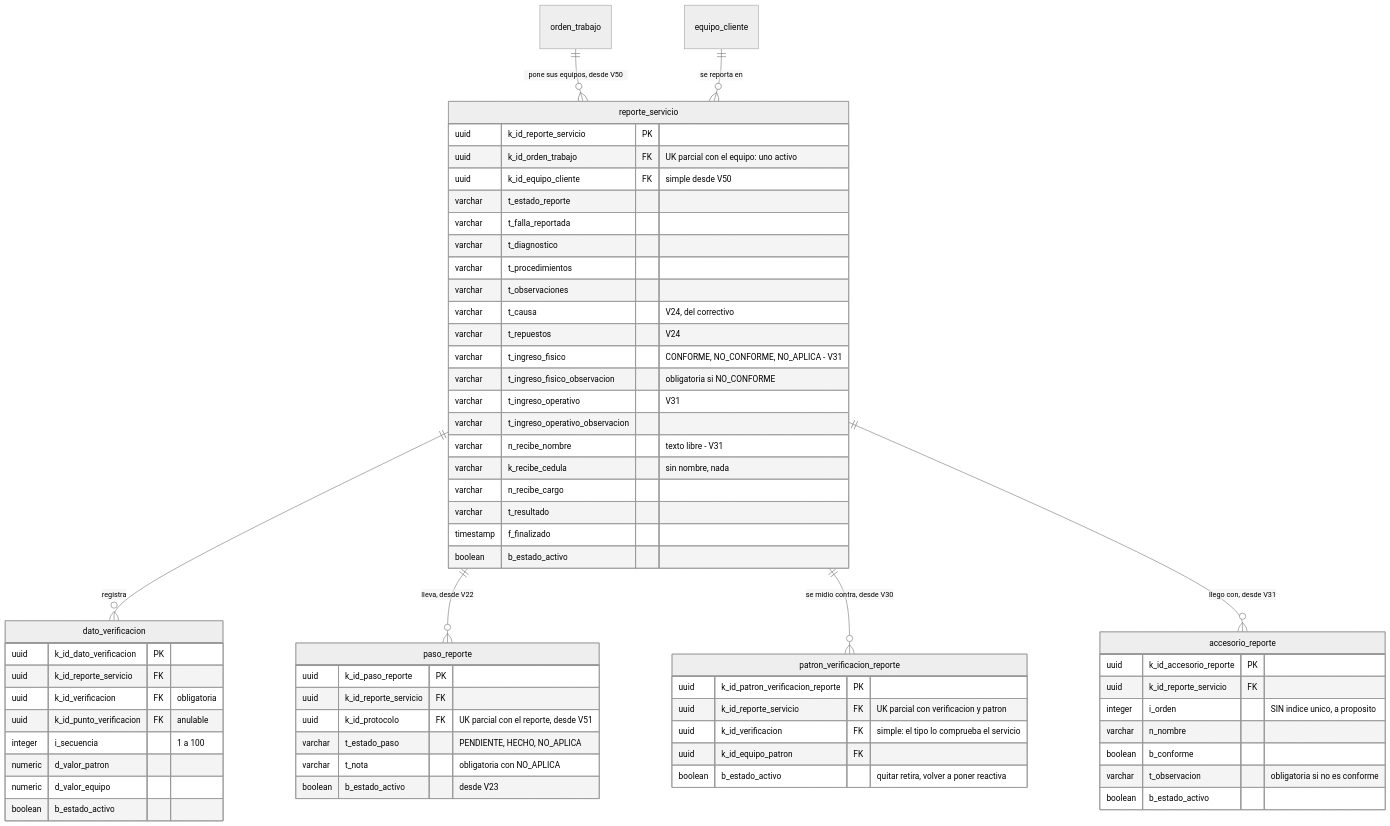
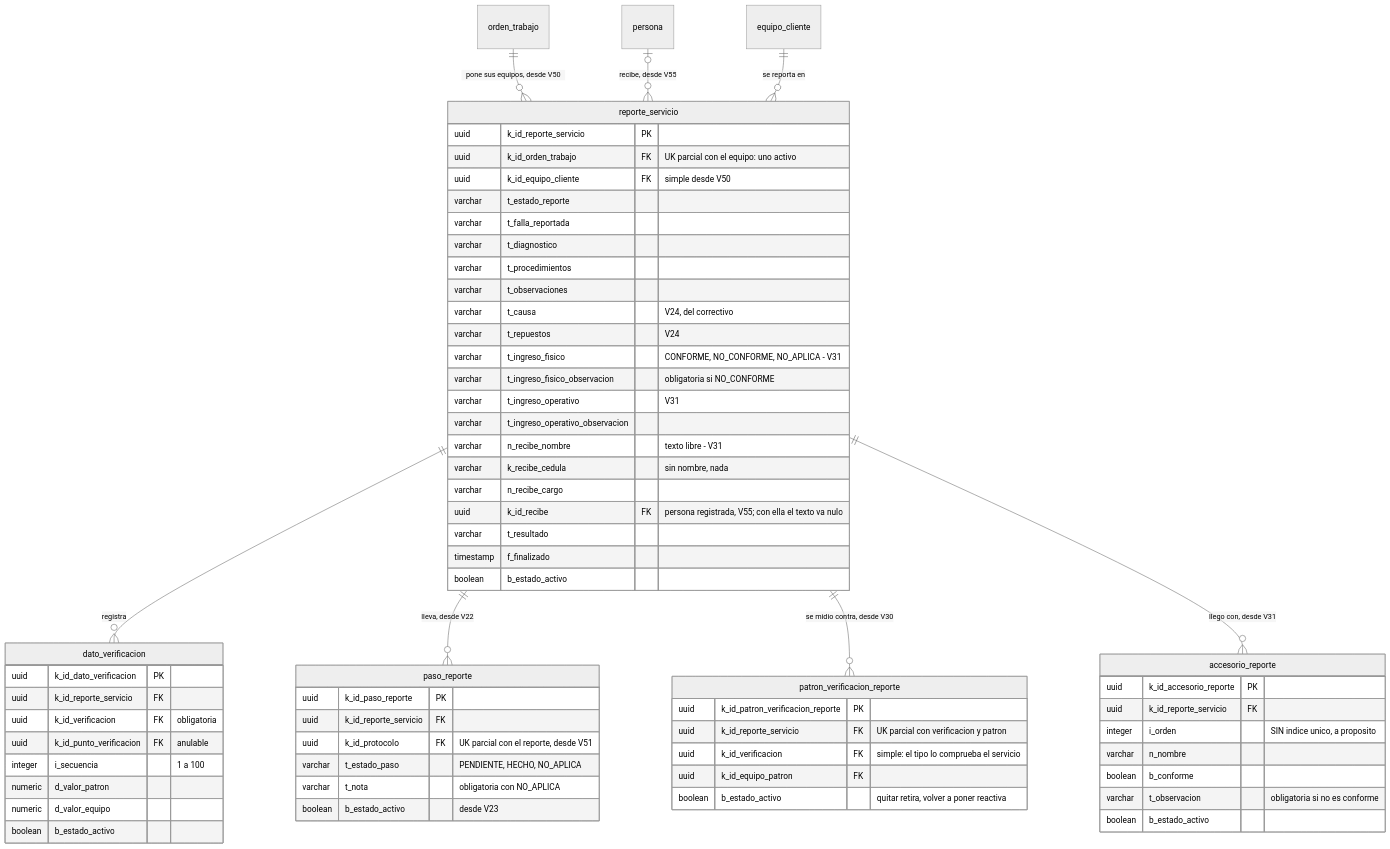
One commit to SeanBol222/MalphasOs changed diagram 12 of 12 in SecondBrain/wiki/base-de-datos/esquema-bd-malphasos.md. Above: the diagram before and after it, drawn with Mermaid (neutral theme). The commit also changed other lines of this file and 4 other files, not shown here.

````diff
--- a/SecondBrain/wiki/base-de-datos/esquema-bd-malphasos.md
+++ b/SecondBrain/wiki/base-de-datos/esquema-bd-malphasos.md
@@ -753,65 +753,67 @@
 ```mermaid
 erDiagram
     orden_trabajo ||--o{ reporte_servicio : "pone sus equipos, desde V50"
+    persona |o--o{ reporte_servicio : "recibe, desde V55"
     equipo_cliente ||--o{ reporte_servicio : "se reporta en"
     reporte_servicio ||--o{ dato_verificacion : "registra"
     reporte_servicio ||--o{ paso_reporte : "lleva, desde V22"
     reporte_servicio ||--o{ patron_verificacion_reporte : "se midio contra, desde V30"
     reporte_servicio ||--o{ accesorio_reporte : "llego con, desde V31"
     patron_verificacion_reporte {
         uuid k_id_patron_verificacion_reporte PK
         uuid k_id_reporte_servicio FK "UK parcial con verificacion y patron"
         uuid k_id_verificacion FK "simple: el tipo lo comprueba el servicio"
         uuid k_id_equipo_patron FK
         boolean b_estado_activo "quitar retira, volver a poner reactiva"
     }
     accesorio_reporte {
         uuid k_id_accesorio_reporte PK
         uuid k_id_reporte_servicio FK
         integer i_orden "SIN indice unico, a proposito"
         varchar n_nombre
         boolean b_conforme
         varchar t_observacion "obligatoria si no es conforme"
         boolean b_estado_activo
     }
     paso_reporte {
         uuid k_id_paso_reporte PK
         uuid k_id_reporte_servicio FK
         uuid k_id_protocolo FK "UK parcial con el reporte, desde V51"
         varchar t_estado_paso "PENDIENTE, HECHO, NO_APLICA"
         varchar t_nota "obligatoria con NO_APLICA"
         boolean b_estado_activo "desde V23"
     }
     reporte_servicio {
         uuid k_id_reporte_servicio PK
         uuid k_id_orden_trabajo FK "UK parcial con el equipo: uno activo"
         uuid k_id_equipo_cliente FK "simple desde V50"
         varchar t_estado_reporte
         varchar t_falla_reportada
         varchar t_diagnostico
         varchar t_procedimientos
         varchar t_observaciones
         varchar t_causa "V24, del correctivo"
         varchar t_repuestos "V24"
         varchar t_ingreso_fisico "CONFORME, NO_CONFORME, NO_APLICA - V31"
         varchar t_ingreso_fisico_observacion "obligatoria si NO_CONFORME"
         varchar t_ingreso_operativo "V31"
         varchar t_ingreso_operativo_observacion
         varchar n_recibe_nombre "texto libre - V31"
         varchar k_recibe_cedula "sin nombre, nada"
         varchar n_recibe_cargo
+        uuid k_id_recibe FK "persona registrada, V55; con ella el texto va nulo"
         varchar t_resultado
         timestamp f_finalizado
         boolean b_estado_activo
     }
     dato_verificacion {
         uuid k_id_dato_verificacion PK
         uuid k_id_reporte_servicio FK
         uuid k_id_verificacion FK "obligatoria"
         uuid k_id_punto_verificacion FK "anulable"
         integer i_secuencia "1 a 100"
         numeric d_valor_patron
         numeric d_valor_equipo
         boolean b_estado_activo
     }
 ```
````
